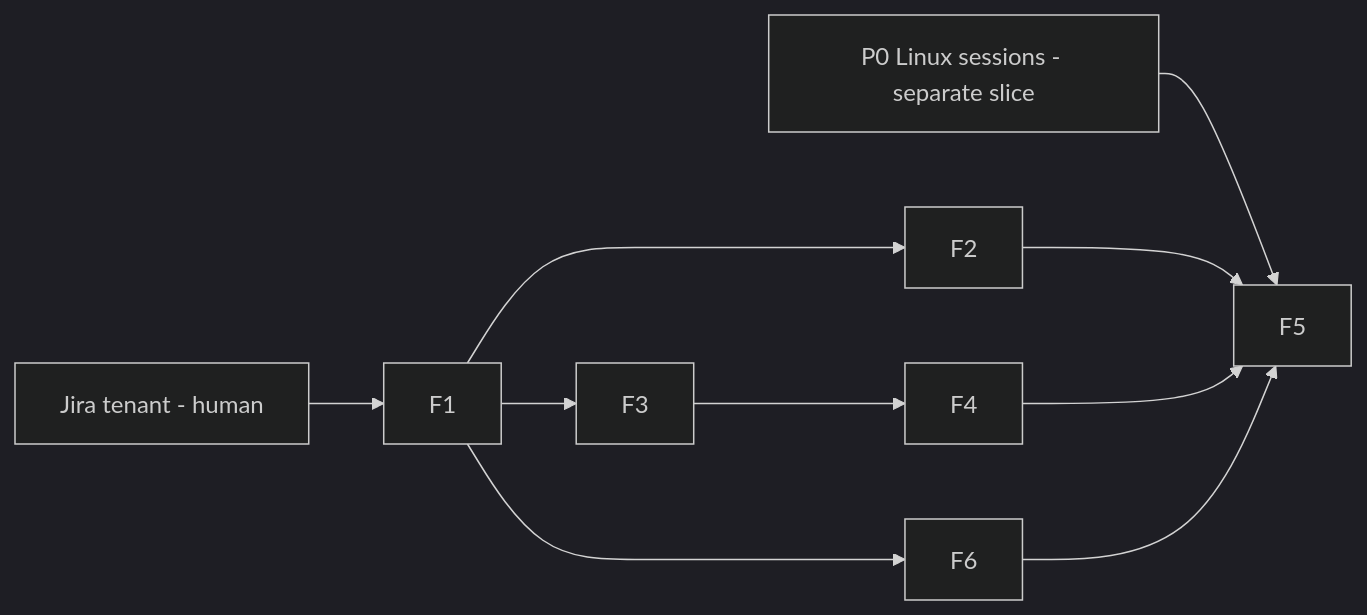
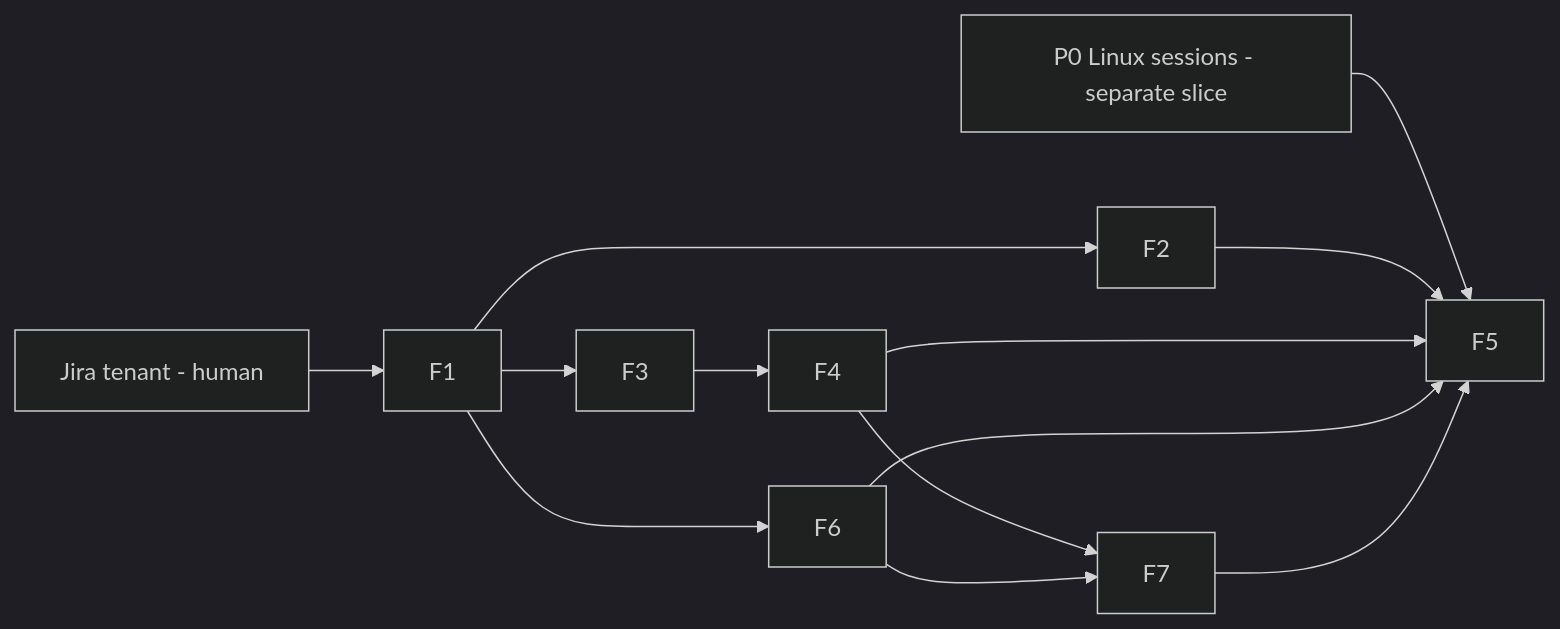
Before and after one commit to sensei-hq/sensei: the diagram in docs/plans/2026-10-15-tracker-jira-linkage.md, drawn with Mermaid (dark theme). The commit also changed other lines of this file and 17 other files, not shown here.

````diff
--- a/docs/plans/2026-10-15-tracker-jira-linkage.md
+++ b/docs/plans/2026-10-15-tracker-jira-linkage.md
@@ -106,11 +118,14 @@
 ```mermaid
 graph LR
   T[Jira tenant - human] --> F1
   F1 --> F2
   F1 --> F3 --> F4
   P0[P0 Linux sessions - separate slice] --> F5
   F2 --> F5
   F4 --> F5
   F1 --> F6
   F6 --> F5
+  F4 --> F7
+  F6 --> F7
+  F7 --> F5
 ```
````
